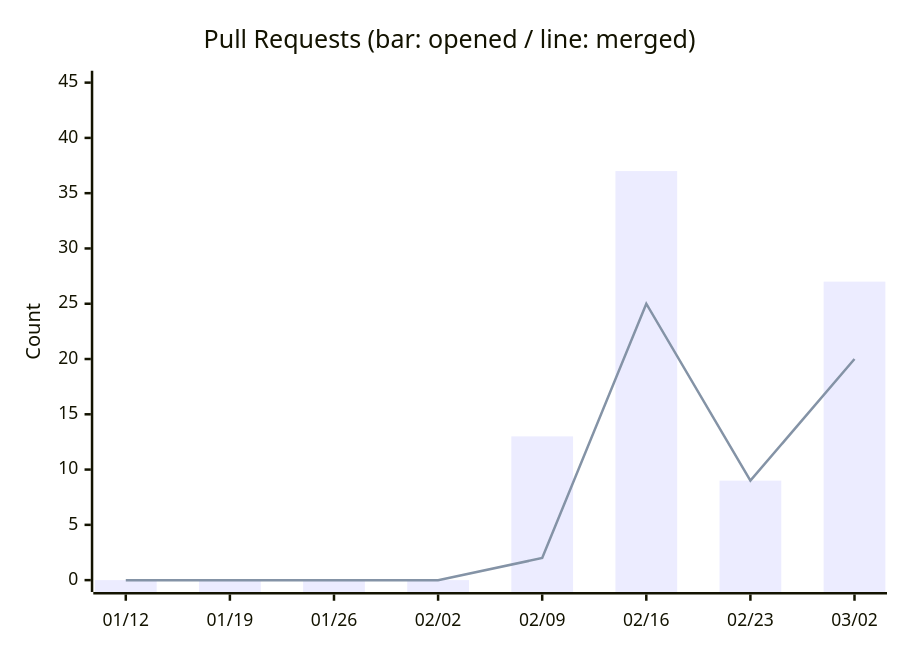
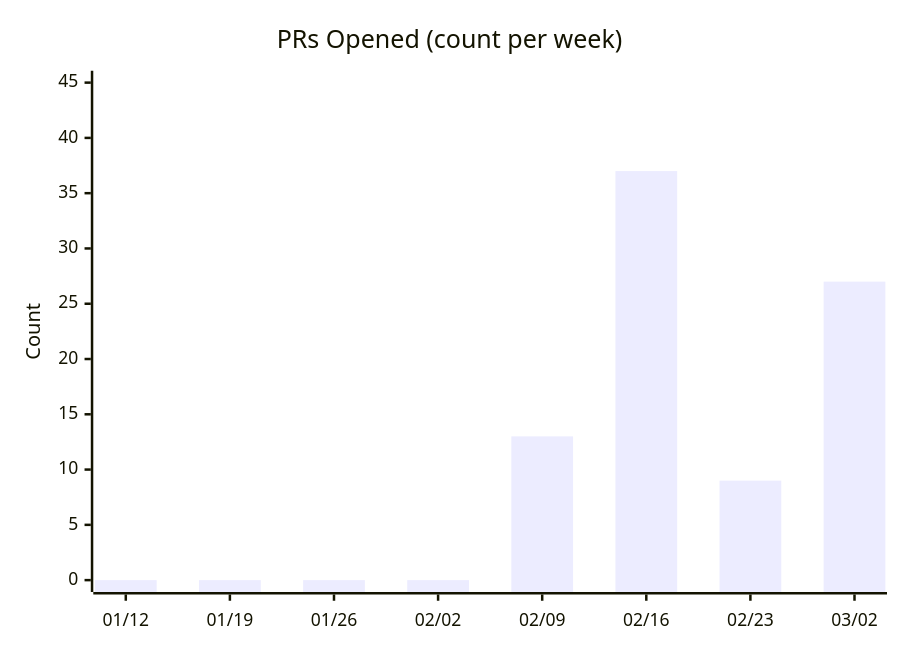
The eighth of 14 diagrams in docs/metrics.md (nablarch/nabledge-dev), drawn with Mermaid before and after one commit. The commit also changed other lines of this file and 4 other files, not shown here.

First line of the commit message:
feat: overhaul metrics output with charts, fix SLOC to v6 only, add label guidelines

````diff
--- a/docs/metrics.md
+++ b/docs/metrics.md
@@ -71,8 +81,7 @@
 ```mermaid
 xychart-beta
-  title "Pull Requests (bar: opened / line: merged)"
+  title "PRs Opened (count per week)"
   x-axis ["01/12", "01/19", "01/26", "02/02", "02/09", "02/16", "02/23", "03/02"]
   y-axis "Count" 0 --> 45
   bar [0, 0, 0, 0, 13, 37, 9, 27]
-  line [0, 0, 0, 0, 2, 25, 9, 20]
 ```
````
